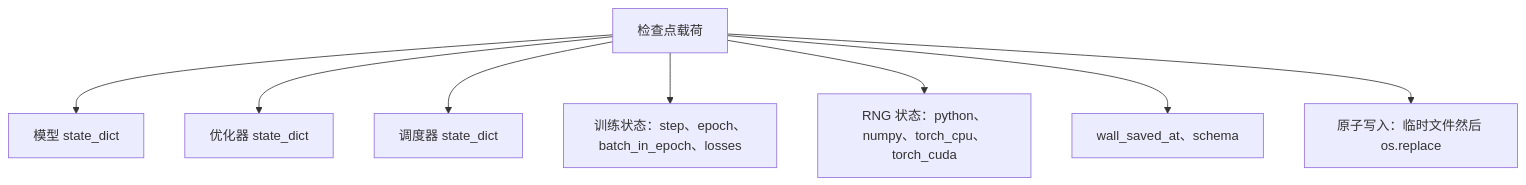
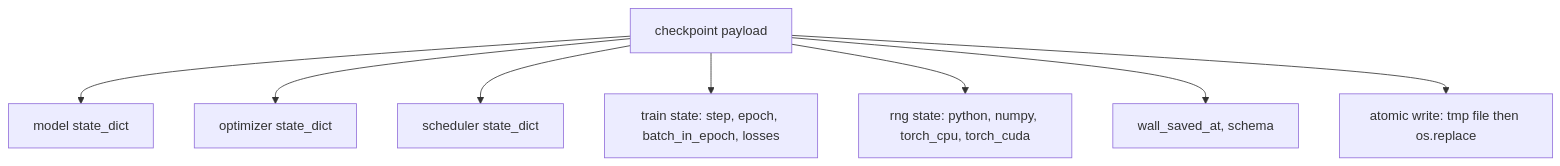
The first of 3 diagrams in i18n/zh/phases/19-capstone-projects/47-checkpoint-save-resume/docs/zh.md (xiaojiaenen/ai-engineering-from-scratch-zh), drawn with Mermaid before and after one commit. The commit also changed other lines of this file and 85 other files, not shown here.

````diff
--- a/i18n/zh/phases/19-capstone-projects/47-checkpoint-save-resume/docs/zh.md
+++ b/i18n/zh/phases/19-capstone-projects/47-checkpoint-save-resume/docs/zh.md
@@ -27,10 +27,10 @@
 ```mermaid
 flowchart TD
-  ckpt[检查点载荷] --> m[模型 state_dict]
-  ckpt --> o[优化器 state_dict]
-  ckpt --> s[调度器 state_dict]
-  ckpt --> tr[训练状态：step、epoch、batch_in_epoch、losses]
-  ckpt --> rng[RNG 状态：python、numpy、torch_cpu、torch_cuda]
-  ckpt --> meta[wall_saved_at、schema]
-  ckpt --> write[原子写入：临时文件然后 os.replace]
+  ckpt[checkpoint payload] --> m[model state_dict]
+  ckpt --> o[optimizer state_dict]
+  ckpt --> s[scheduler state_dict]
+  ckpt --> tr[train state: step, epoch, batch_in_epoch, losses]
+  ckpt --> rng[rng state: python, numpy, torch_cpu, torch_cuda]
+  ckpt --> meta[wall_saved_at, schema]
+  ckpt --> write[atomic write: tmp file then os.replace]
 ```
````
